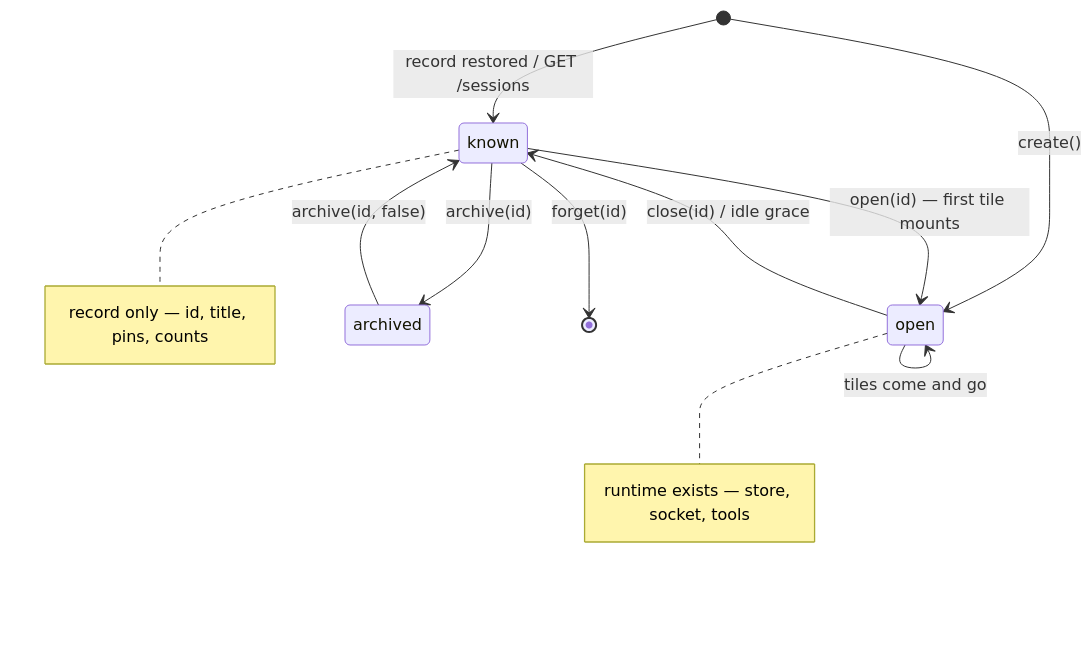
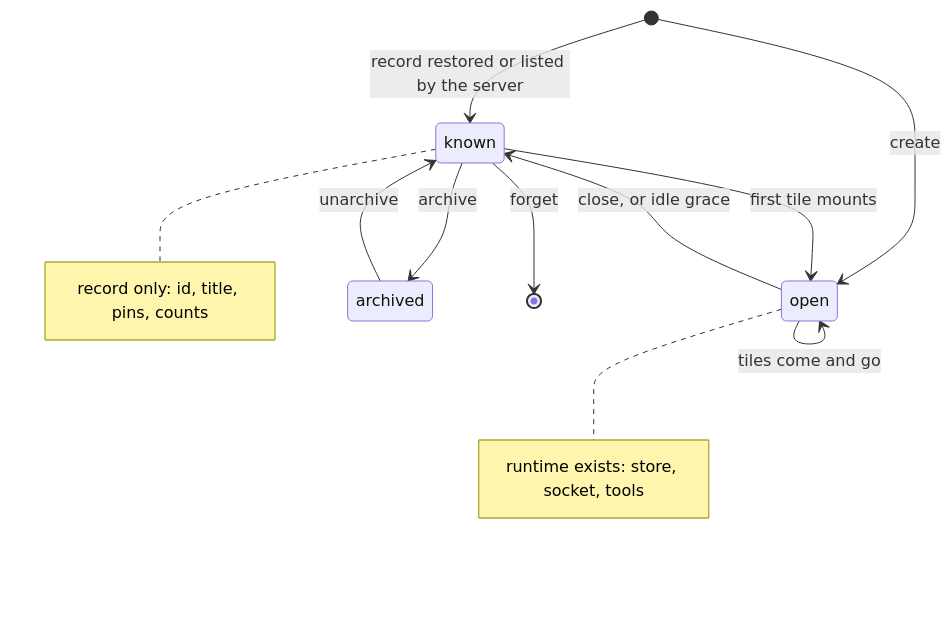
The first of 2 diagrams in ttmp/2026/08/21/PBUI-AGENT-4--agent-helper-tiles-conversations-multiple-agents-event-tracing-run-stats-and-tool-traffic/design-doc/01-intern-guide-many-conversations-on-one-workbench-the-session-registry-and-the-agent-helper-tiles.md (hyperslop-systems/pbui), drawn with Mermaid before and after one commit. The commit also changed other lines of this file, not shown here.

Commit message:
PBUI-AGENT-4: guide — simplify the two mermaid diagrams that failed to render in the PDF

````diff
--- a/ttmp/2026/08/21/PBUI-AGENT-4--agent-helper-tiles-conversations-multiple-agents-event-tracing-run-stats-and-tool-traffic/design-doc/01-intern-guide-many-conversations-on-one-workbench-the-session-registry-and-the-agent-helper-tiles.md
+++ b/ttmp/2026/08/21/PBUI-AGENT-4--agent-helper-tiles-conversations-multiple-agents-event-tracing-run-stats-and-tool-traffic/design-doc/01-intern-guide-many-conversations-on-one-workbench-the-session-registry-and-the-agent-helper-tiles.md
@@ -202,13 +202,17 @@
 ```mermaid
 stateDiagram-v2
-  [*] --> known: record restored / GET /sessions
-  [*] --> open: create()
-  known --> open: open(id) — first tile mounts
-  open --> open: tiles come and go
-  open --> known: close(id) / idle grace
-  known --> archived: archive(id)
-  archived --> known: archive(id, false)
-  known --> [*]: forget(id)
-  note right of open: runtime exists — store, socket, tools
-  note right of known: record only — id, title, pins, counts
+  [*] --> known : record restored or listed by the server
+  [*] --> open : create
+  known --> open : first tile mounts
+  open --> open : tiles come and go
+  open --> known : close, or idle grace
+  known --> archived : archive
+  archived --> known : unarchive
+  known --> [*] : forget
+  note right of open
+    runtime exists: store, socket, tools
+  end note
+  note right of known
+    record only: id, title, pins, counts
+  end note
 ```
````
